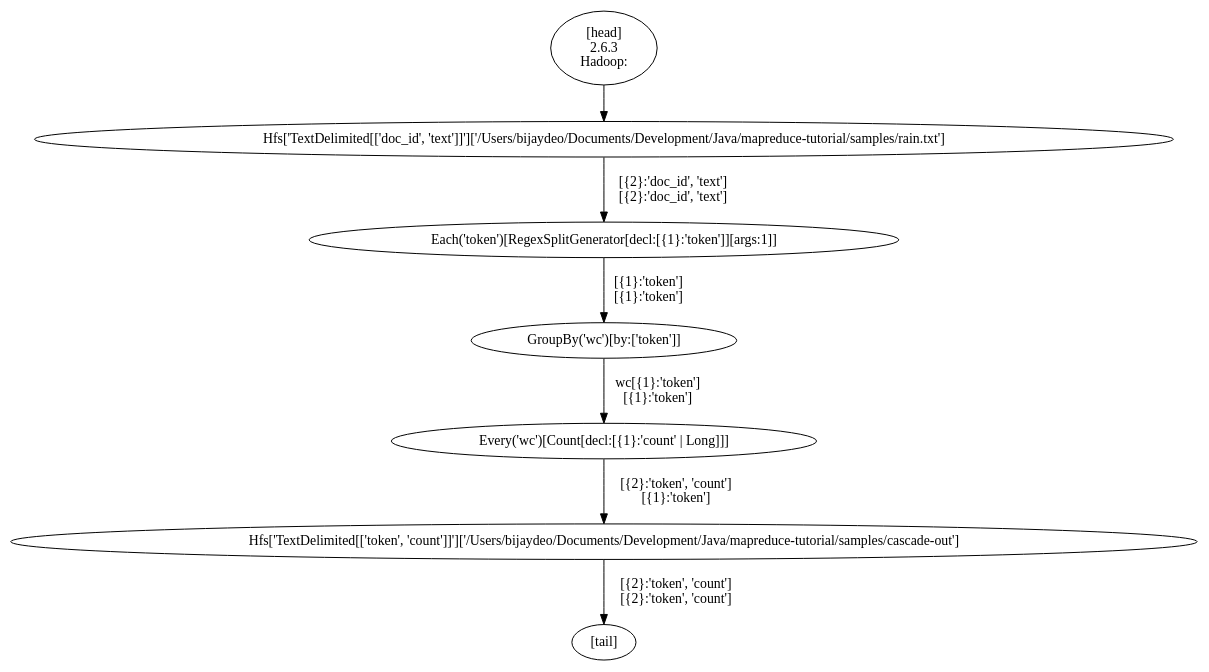
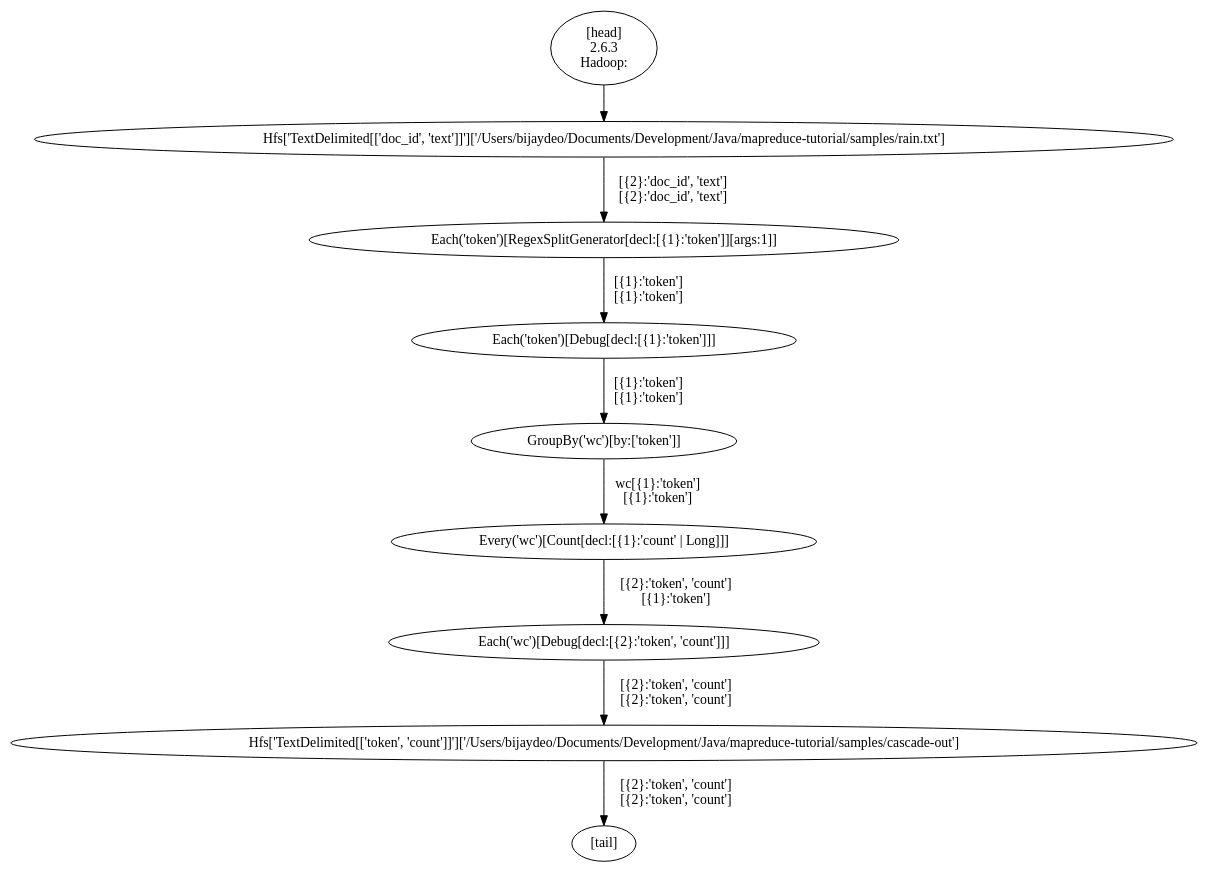
The diagram in dot/wc.dot (deodeveloper/mapreduce-tutorial), drawn with Graphviz before and after one commit. The commit also changed 2 other files, not shown here.

```diff
--- a/dot/wc.dot
+++ b/dot/wc.dot
@@ -1,15 +1,19 @@
 digraph G {
-  1 [label = "Every('wc')[Count[decl:[{1}:'count' | Long]]]"];
+  1 [label = "Each('wc')[Debug[decl:[{2}:'token', 'count']]]"];
   2 [label = "Hfs['TextDelimited[['token', 'count']]']['/Users/bijaydeo/Documents/Development/Java/mapreduce-tutorial/samples/cascade-out']"];
-  3 [label = "GroupBy('wc')[by:['token']]"];
-  4 [label = "Each('token')[RegexSplitGenerator[decl:[{1}:'token']][args:1]]"];
-  5 [label = "Hfs['TextDelimited[['doc_id', 'text']]']['/Users/bijaydeo/Documents/Development/Java/mapreduce-tutorial/samples/rain.txt']"];
-  6 [label = "[head]\n2.6.3\nHadoop:"];
-  7 [label = "[tail]"];
-  1 -> 2 [label = "[{2}:'token', 'count']\n[{1}:'token']"];
-  5 -> 4 [label = "[{2}:'doc_id', 'text']\n[{2}:'doc_id', 'text']"];
-  3 -> 1 [label = "wc[{1}:'token']\n[{1}:'token']"];
-  6 -> 5 [label = ""];
-  2 -> 7 [label = "[{2}:'token', 'count']\n[{2}:'token', 'count']"];
-  4 -> 3 [label = "[{1}:'token']\n[{1}:'token']"];
+  3 [label = "Every('wc')[Count[decl:[{1}:'count' | Long]]]"];
+  4 [label = "GroupBy('wc')[by:['token']]"];
+  5 [label = "Each('token')[Debug[decl:[{1}:'token']]]"];
+  6 [label = "Each('token')[RegexSplitGenerator[decl:[{1}:'token']][args:1]]"];
+  7 [label = "Hfs['TextDelimited[['doc_id', 'text']]']['/Users/bijaydeo/Documents/Development/Java/mapreduce-tutorial/samples/rain.txt']"];
+  8 [label = "[head]\n2.6.3\nHadoop:"];
+  9 [label = "[tail]"];
+  1 -> 2 [label = "[{2}:'token', 'count']\n[{2}:'token', 'count']"];
+  7 -> 6 [label = "[{2}:'doc_id', 'text']\n[{2}:'doc_id', 'text']"];
+  6 -> 5 [label = "[{1}:'token']\n[{1}:'token']"];
+  4 -> 3 [label = "wc[{1}:'token']\n[{1}:'token']"];
+  3 -> 1 [label = "[{2}:'token', 'count']\n[{1}:'token']"];
+  8 -> 7 [label = ""];
+  2 -> 9 [label = "[{2}:'token', 'count']\n[{2}:'token', 'count']"];
+  5 -> 4 [label = "[{1}:'token']\n[{1}:'token']"];
 }
```
